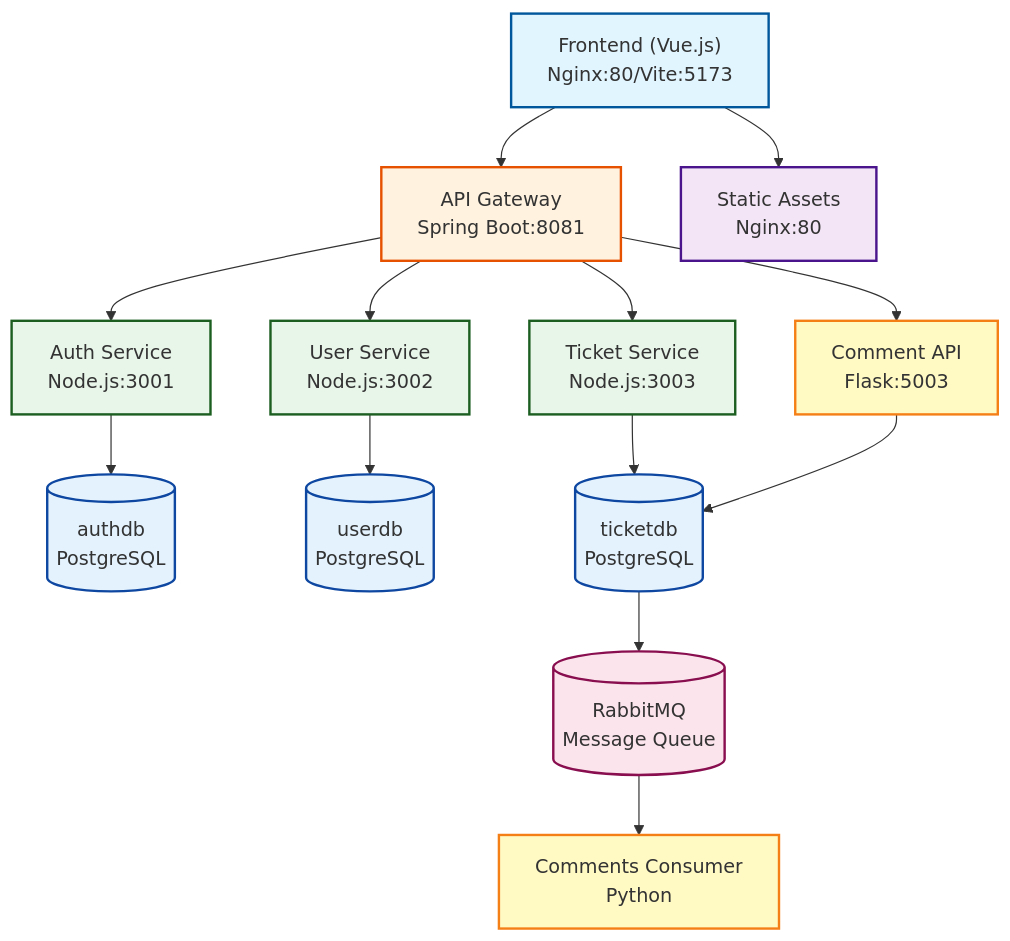
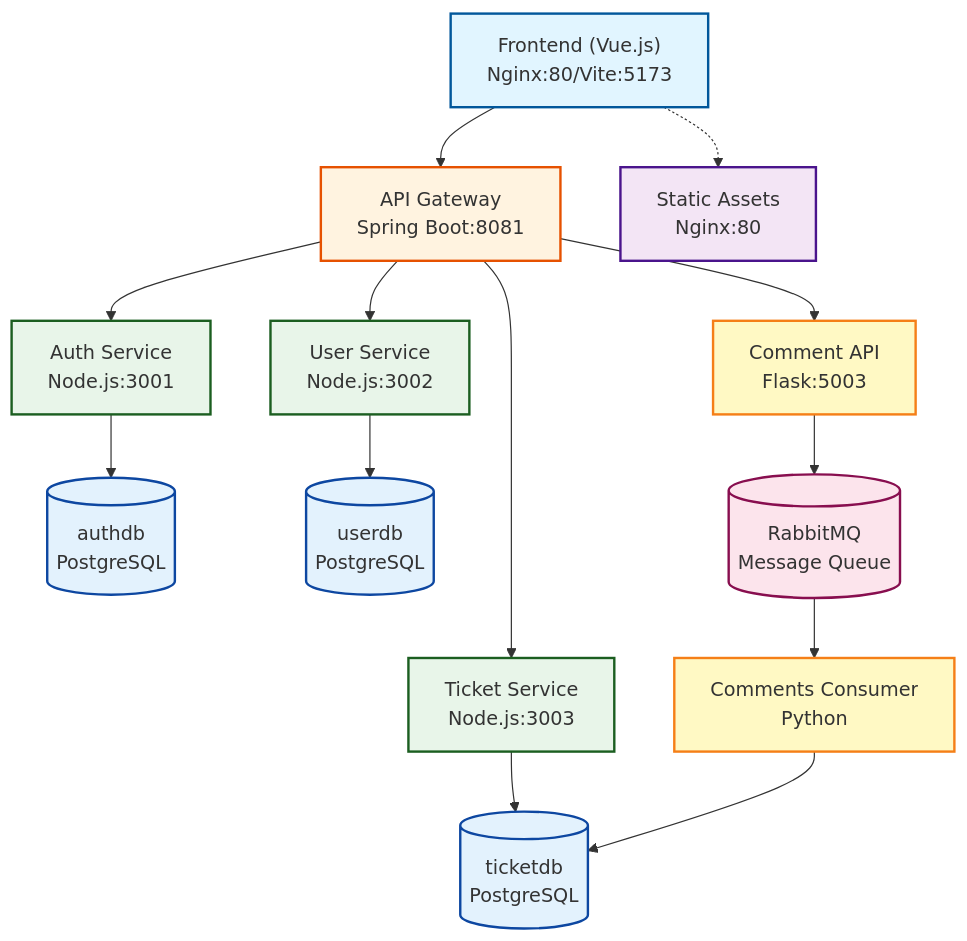
Before and after one commit to antoninofoti/fix-this-stuff: the diagram in documentation/ARCHITECTURE.md, drawn with Mermaid.

Commit message:
fix architecture.md graph of system components

````diff
--- a/documentation/ARCHITECTURE.md
+++ b/documentation/ARCHITECTURE.md
@@ -5,47 +5,51 @@
 ```mermaid
 graph TD
     Frontend["Frontend (Vue.js)<br/>Nginx:80/Vite:5173"]
     Gateway["API Gateway<br/>Spring Boot:8081"]
     StaticAssets["Static Assets<br/>Nginx:80"]
     
     AuthService["Auth Service<br/>Node.js:3001"]
     UserService["User Service<br/>Node.js:3002"]
     TicketService["Ticket Service<br/>Node.js:3003"]
     CommentAPI["Comment API<br/>Flask:5003"]
     
     AuthDB[("authdb<br/>PostgreSQL")]
     UserDB[("userdb<br/>PostgreSQL")]
     TicketDB[("ticketdb<br/>PostgreSQL")]
     
     RabbitMQ[("RabbitMQ<br/>Message Queue")]
     Consumer["Comments Consumer<br/>Python"]
     
     Frontend --> Gateway
-    Frontend --> StaticAssets
     
     Gateway --> AuthService
     Gateway --> UserService
     Gateway --> TicketService
-    Gateway --> CommentAPI
     
     AuthService --> AuthDB
     UserService --> UserDB
     TicketService --> TicketDB
-    CommentAPI --> TicketDB
     
-    TicketDB --> RabbitMQ
+    Gateway --> CommentAPI
+    CommentAPI --> RabbitMQ
     RabbitMQ --> Consumer
+    Consumer --> TicketDB
     
-    style Frontend fill:#e1f5ff,stroke:#01579b,stroke-width:2px
-    style Gateway fill:#fff3e0,stroke:#e65100,stroke-width:2px
-    style StaticAssets fill:#f3e5f5,stroke:#4a148c,stroke-width:2px
-    style AuthService fill:#e8f5e9,stroke:#1b5e20,stroke-width:2px
-    style UserService fill:#e8f5e9,stroke:#1b5e20,stroke-width:2px
-    style TicketService fill:#e8f5e9,stroke:#1b5e20,stroke-width:2px
-    style CommentAPI fill:#fff9c4,stroke:#f57f17,stroke-width:2px
-    style AuthDB fill:#e3f2fd,stroke:#0d47a1,stroke-width:2px
-    style UserDB fill:#e3f2fd,stroke:#0d47a1,stroke-width:2px
-    style TicketDB fill:#e3f2fd,stroke:#0d47a1,stroke-width:2px
-    style RabbitMQ fill:#fce4ec,stroke:#880e4f,stroke-width:2px
-    style Consumer fill:#fff9c4,stroke:#f57f17,stroke-width:2px
+    Frontend -.-> StaticAssets
+    
+    classDef frontend fill:#e1f5ff,stroke:#01579b,stroke-width:2px
+    classDef gateway fill:#fff3e0,stroke:#e65100,stroke-width:2px
+    classDef static fill:#f3e5f5,stroke:#4a148c,stroke-width:2px
+    classDef nodeService fill:#e8f5e9,stroke:#1b5e20,stroke-width:2px
+    classDef pythonService fill:#fff9c4,stroke:#f57f17,stroke-width:2px
+    classDef database fill:#e3f2fd,stroke:#0d47a1,stroke-width:2px
+    classDef queue fill:#fce4ec,stroke:#880e4f,stroke-width:2px
+    
+    class Frontend frontend
+    class Gateway gateway
+    class StaticAssets static
+    class AuthService,UserService,TicketService nodeService
+    class CommentAPI,Consumer pythonService
+    class AuthDB,UserDB,TicketDB database
+    class RabbitMQ queue
 ```
````
